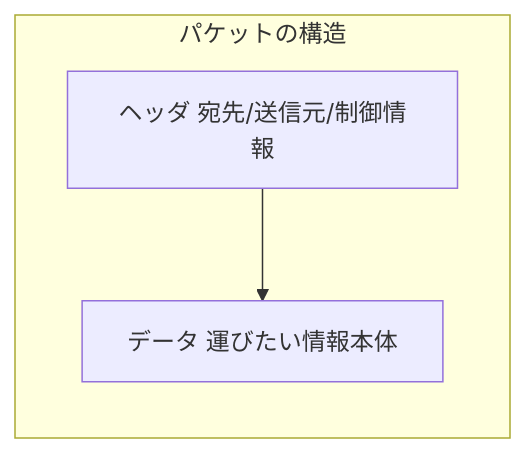
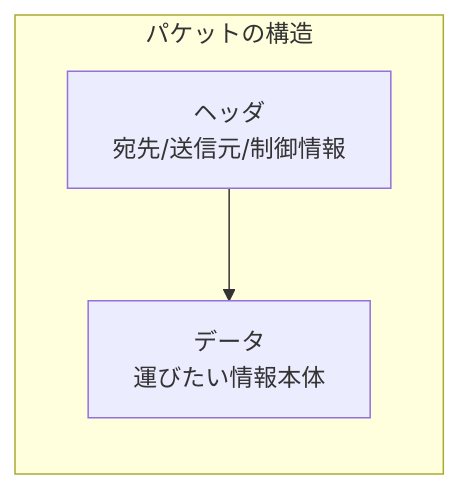
The tenth of 18 diagrams in training/basics.md (x86-unix/docs), drawn with Mermaid before and after one commit. The commit also changed other lines of this file, not shown here.

````diff
--- a/training/basics.md
+++ b/training/basics.md
@@ -280,6 +839,6 @@
 ```mermaid
 graph LR
-    subgraph "パケットの構造"
-        Header["ヘッダ 宛先/送信元/制御情報"] --> Data["データ 運びたい情報本体"]
+    subgraph パケットの構造
+        Header[ヘッダ<br/>宛先/送信元/制御情報] --> Data[データ<br/>運びたい情報本体]
     end
 ```
````
